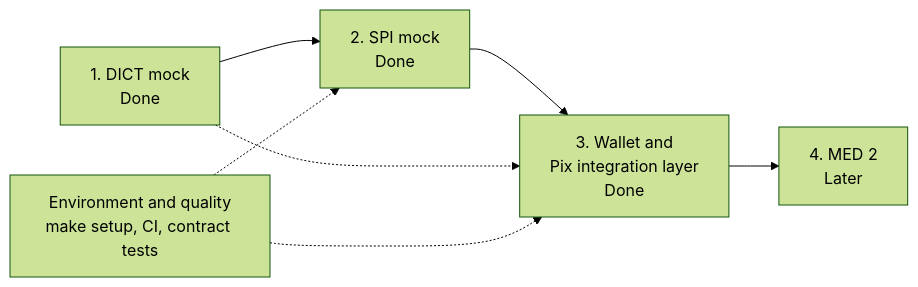
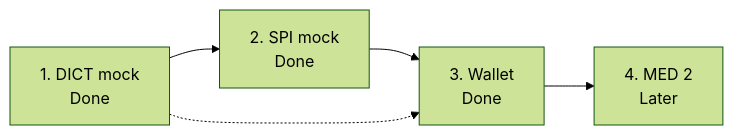
Before and after one commit to piovani/pix_fake: the diagram in docs/roadmap.md, drawn with Mermaid (forest theme). The commit also changed other lines of this file and 51 other files, not shown here.

Commit message:
refactor: make the wallet read less generated

````diff
--- a/docs/roadmap.md
+++ b/docs/roadmap.md
@@ -11,9 +5,7 @@
 ```mermaid
 flowchart LR
     P1["1. DICT mock<br/>Done"] --> P2["2. SPI mock<br/>Done"]
-    P2 --> P3["3. Wallet and<br/>Pix integration layer<br/>Done"]
+    P2 --> P3["3. Wallet<br/>Done"]
     P3 --> P4["4. MED 2<br/>Later"]
     P1 -.-> P3
-    X["Environment and quality<br/>make setup, CI, contract tests"] -.-> P2
-    X -.-> P3
 ```
````
